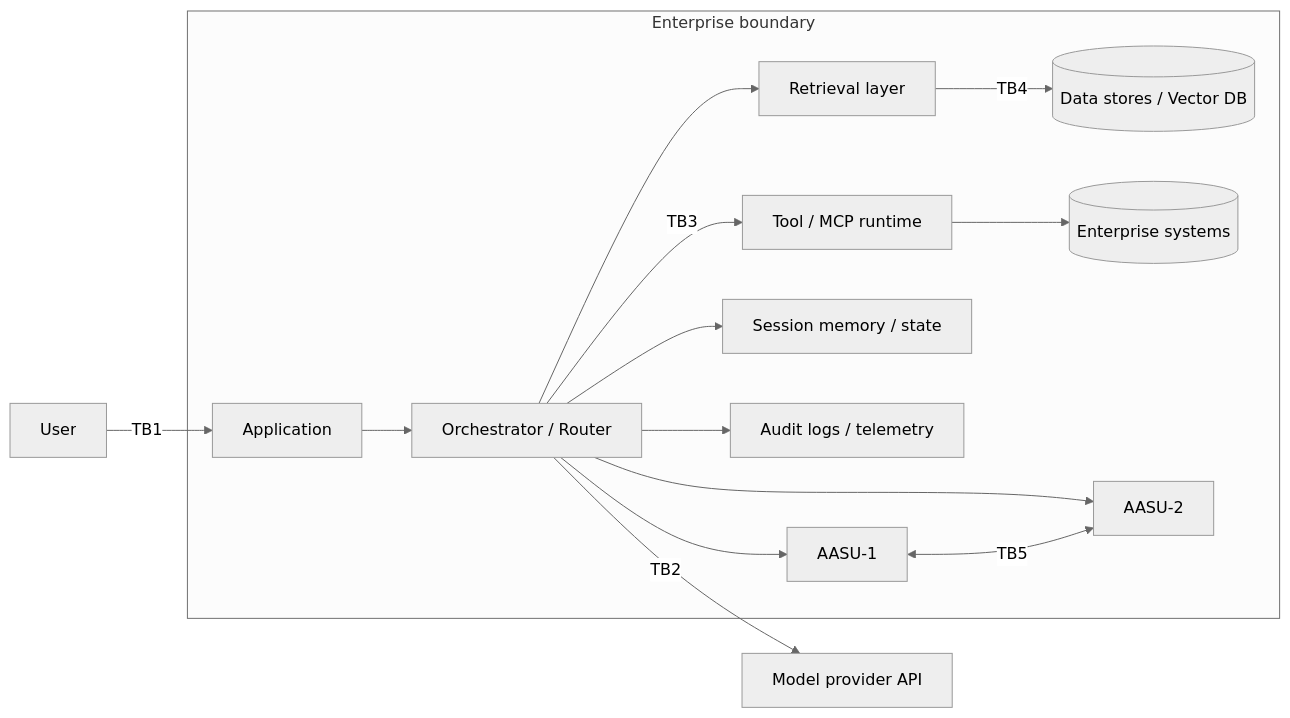
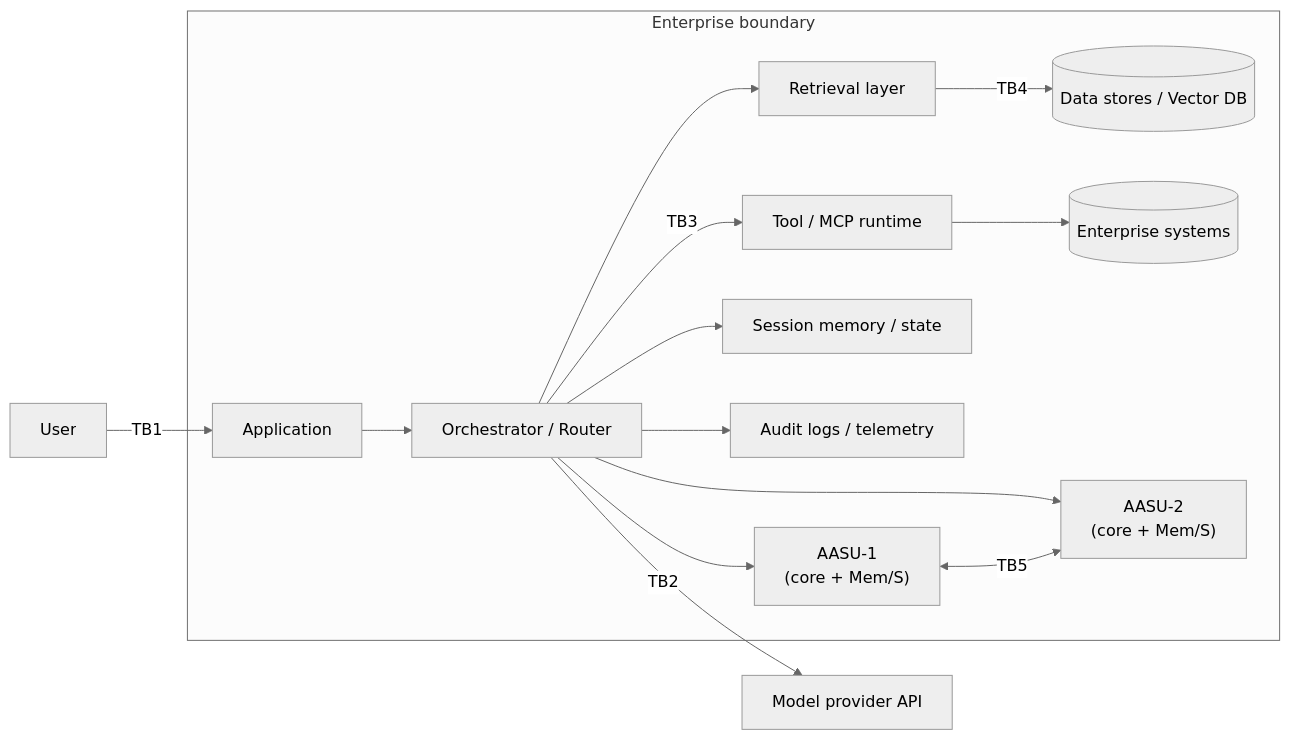
The seventh of 9 diagrams in AASU_White_Paper_Consolidated_v2_2.md (SAISec/AASU), drawn with Mermaid (neutral theme) before and after one commit. The commit also changed other lines of this file and 22 other files, not shown here.

Commit message:
Extend AASU PMRTK with memory/skill components and update docs/mermaid

````diff
--- a/AASU_White_Paper_Consolidated_v2_2.md
+++ b/AASU_White_Paper_Consolidated_v2_2.md
@@ -251,23 +265,23 @@
 ```mermaid
 flowchart LR
   U[User] -->|TB1| APP[Application]
 
   subgraph ENT["Enterprise boundary"]
     APP --> ORCH[Orchestrator / Router]
 
     ORCH --> RET[Retrieval layer]
     RET -->|TB4| DATA[(Data stores / Vector DB)]
 
     ORCH -->|TB3| TOOL[Tool / MCP runtime]
     TOOL --> SYS[(Enterprise systems)]
 
     ORCH --> MEM[Session memory / state]
     ORCH --> LOG[Audit logs / telemetry]
 
-    ORCH --> A1[AASU-1]
-    ORCH --> A2[AASU-2]
+    ORCH --> A1["AASU-1<br/>(core + Mem/S)"]
+    ORCH --> A2["AASU-2<br/>(core + Mem/S)"]
     A1 <-->|TB5| A2
   end
 
   ORCH -->|TB2| LLM[Model provider API]
 ```
````
